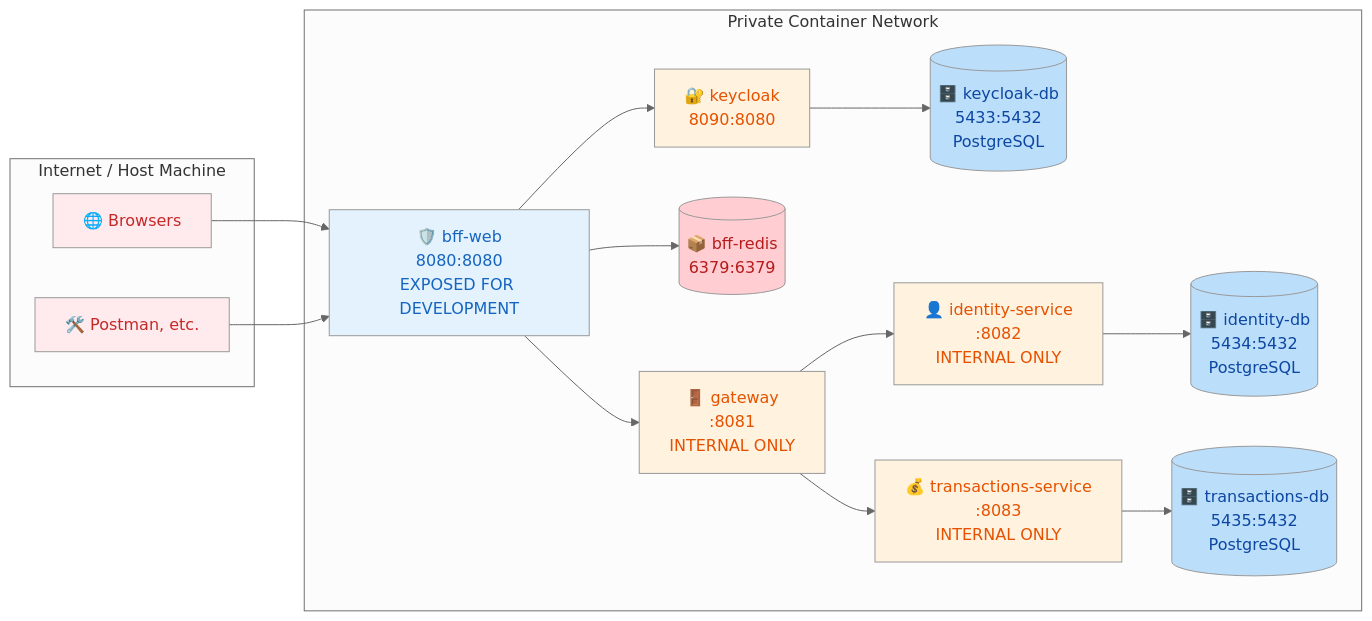
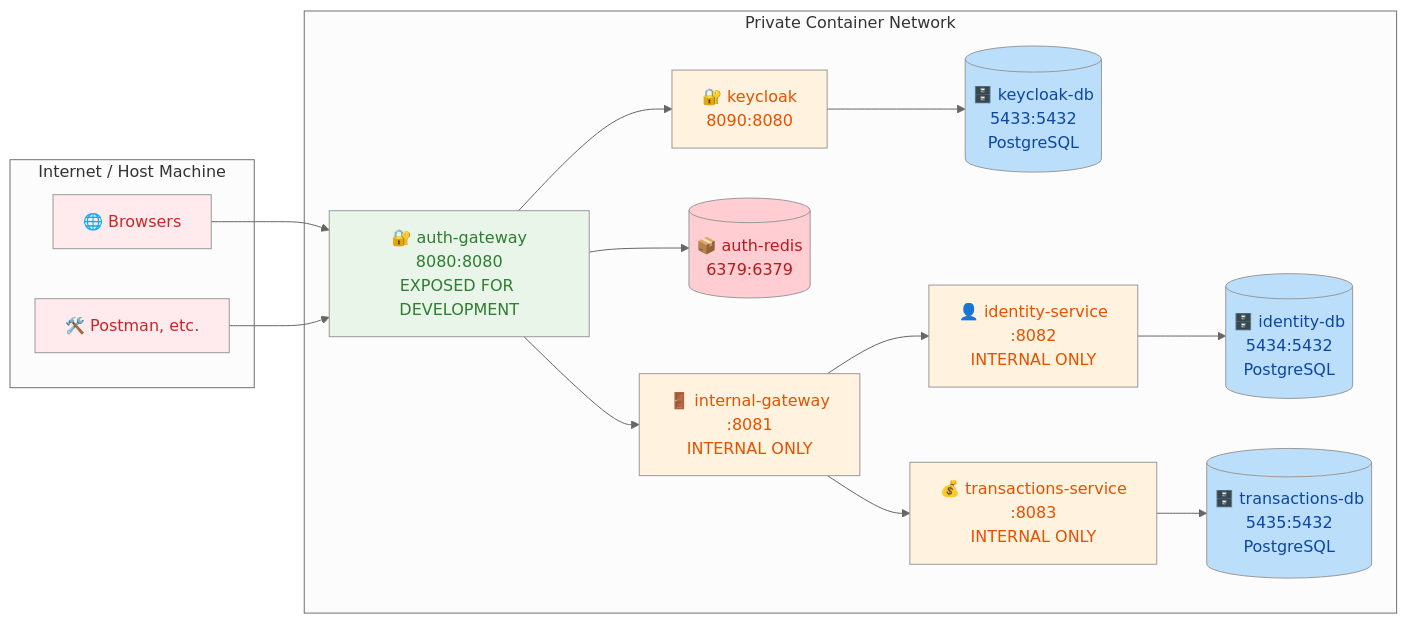
One commit to beaverio/infrastructure changed the diagram in diagrams/docker-architecture.md. Above: the diagram before and after it, drawn with Mermaid (neutral theme). The commit also changed other lines of this file and 2 other files, not shown here.

Commit message:
auth-flow work

````diff
--- a/diagrams/docker-architecture.md
+++ b/diagrams/docker-architecture.md
@@ -7,50 +7,50 @@
 ```mermaid
 graph LR
     subgraph "Internet / Host Machine"
         Browsers[🌐 Browsers]
         DevTools[🛠️ Postman, etc.]
     end
     
     subgraph "Private Container Network"
-        BFF["🛡️ bff-web<br/>8080:8080<br/>EXPOSED FOR DEVELOPMENT"]
+        AuthGateway["🔐 auth-gateway<br/>8080:8080<br/>EXPOSED FOR DEVELOPMENT"]
         
         Keycloak[🔐 keycloak<br/>8090:8080]
         KeycloakDB[(🗄️ keycloak-db<br/>5433:5432<br/>PostgreSQL)]
-        BFFRedis[(📦 bff-redis<br/>6379:6379)]
-        
-        Gateway[🚪 gateway<br/>:8081<br/>INTERNAL ONLY]
-        
+        AuthRedis[(📦 auth-redis<br/>6379:6379)]
+
+        InternalGateway[🚪 internal-gateway<br/>:8081<br/>INTERNAL ONLY]
+
         Identity[👤 identity-service<br/>:8082<br/>INTERNAL ONLY]
         Transactions[💰 transactions-service<br/>:8083<br/>INTERNAL ONLY]
-        
+
         IdentityDB[(🗄️ identity-db<br/>5434:5432<br/>PostgreSQL)]
         TransactionsDB[(🗄️ transactions-db<br/>5435:5432<br/>PostgreSQL)]
     end
     
-    Browsers --> BFF
-    DevTools --> BFF
+    Browsers --> AuthGateway
+    DevTools --> AuthGateway
     
-    BFF --> Keycloak
-    BFF --> Gateway
-    BFF --> BFFRedis
+    AuthGateway --> Keycloak
+    AuthGateway --> InternalGateway
+    AuthGateway --> AuthRedis
     
-    Gateway --> Identity
-    Gateway --> Transactions
+    InternalGateway --> Identity
+    InternalGateway --> Transactions
     
     Identity --> IdentityDB
     Transactions --> TransactionsDB
     
     Keycloak --> KeycloakDB
     
     classDef internet fill:#ffebee,color:#c62828
-    classDef bff fill:#e3f2fd,color:#1565c0
+    classDef auth fill:#e8f5e8,color:#2e7d32
     classDef internal fill:#fff3e0,color:#e65100
     classDef database fill:#bbdefb,color:#0d47a1
     classDef cache fill:#ffcdd2,color:#b71c1c
     
     class Browsers,DevTools internet
-    class BFF bff
-    class Keycloak,Gateway,Identity,Transactions internal
+    class AuthGateway auth
+    class Keycloak,InternalGateway,Identity,Transactions internal
     class IdentityDB,TransactionsDB,KeycloakDB database
-    class BFFRedis cache
+    class AuthRedis cache
 ```
````
